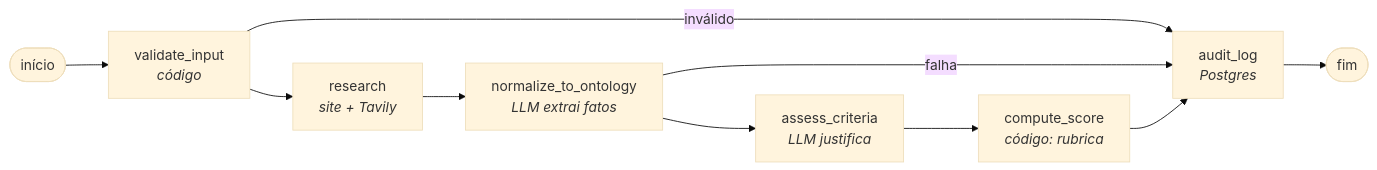
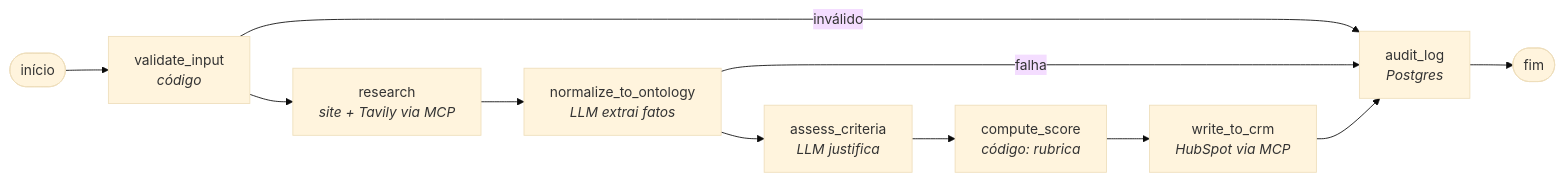
The diagram in README.md (narcelioferreira/lead-qualifier), drawn with Mermaid (base theme) before and after one commit. The commit also changed other lines of this file and 27 other files, not shown here.

First line of the commit message:
feat(T20): grafo consumindo o MCP lead-tools e nó write_to_crm

````diff
--- a/README.md
+++ b/README.md
@@ -49,12 +50,13 @@
 ```mermaid
 flowchart LR
     S([início]) --> V[validate_input<br/><i>código</i>]
     V -- inválido --> AU
-    V --> R[research<br/><i>site + Tavily</i>]
+    V --> R[research<br/><i>site + Tavily via MCP</i>]
     R --> N[normalize_to_ontology<br/><i>LLM extrai fatos</i>]
     N -- falha --> AU
     N --> A[assess_criteria<br/><i>LLM justifica</i>]
     A --> C[compute_score<br/><i>código: rubrica</i>]
-    C --> AU[audit_log<br/><i>Postgres</i>]
+    C --> W[write_to_crm<br/><i>HubSpot via MCP</i>]
+    W --> AU[audit_log<br/><i>Postgres</i>]
     AU --> E([fim])
 ```
````
